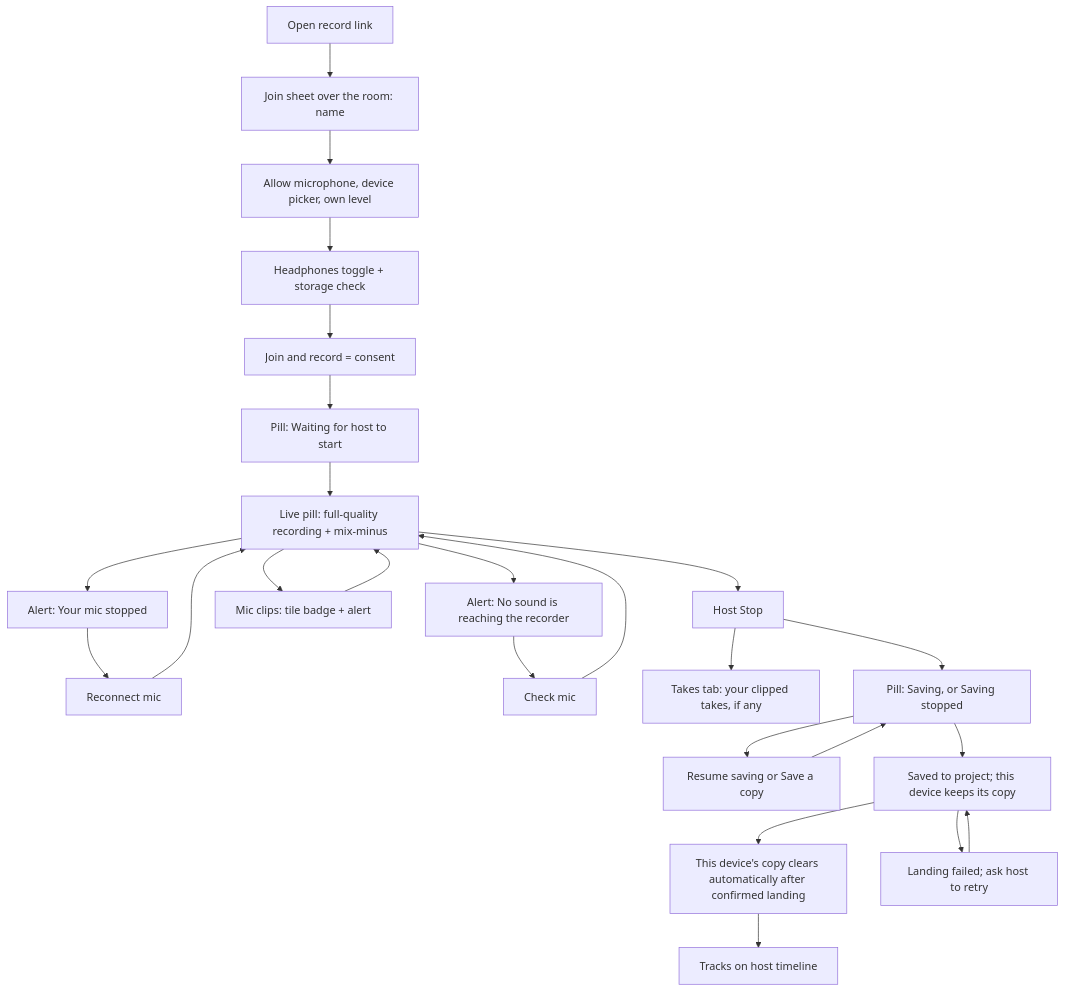
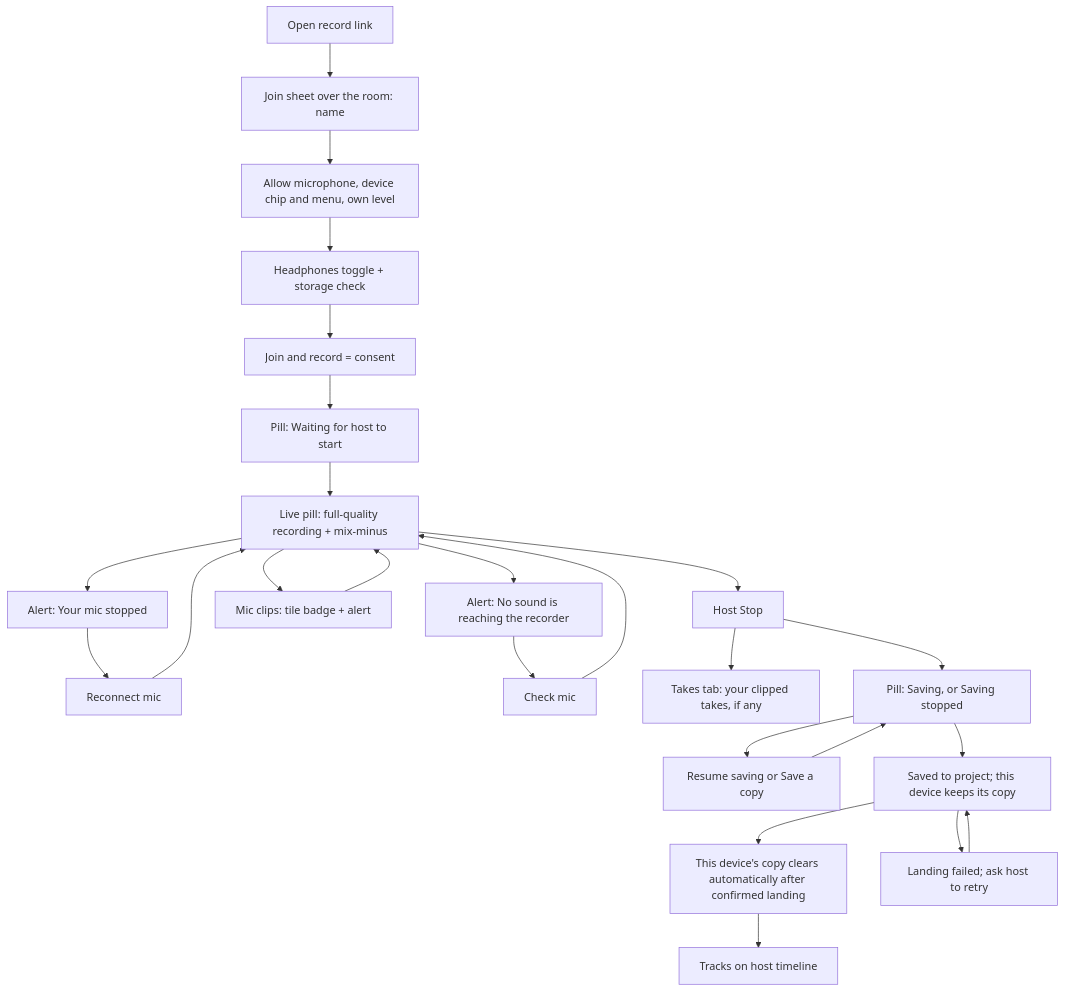
One commit to calebn/sharecut-studio changed the fifth of 6 diagrams in ux/pages/guest-journeys.md. Above: the diagram before and after it, drawn with Mermaid. The commit also changed other lines of this file and 6 other files, not shown here.

First line of the commit message:
fix(record): lock the open input menu, arrows open the chip, empty ids stay apart from Default

````diff
--- a/ux/pages/guest-journeys.md
+++ b/ux/pages/guest-journeys.md
@@ -204,27 +204,27 @@
 ```mermaid
 flowchart TD
   open[Open record link] --> sheet[Join sheet over the room: name]
-  sheet --> devices[Allow microphone, device picker, own level]
+  sheet --> devices[Allow microphone, device chip and menu, own level]
   devices --> phones[Headphones toggle + storage check]
   phones --> join[Join and record = consent]
   join --> wait[Pill: Waiting for host to start]
   wait --> rec[Live pill: full-quality recording + mix-minus]
   rec --> lost[Alert: Your mic stopped]
   lost --> reconnect[Reconnect mic]
   reconnect --> rec
   rec --> silent[Alert: No sound is reaching the recorder]
   silent --> check[Check mic]
   check --> rec
   rec --> clip[Mic clips: tile badge + alert]
   clip --> rec
   rec --> stop[Host Stop]
   stop --> clipped[Takes tab: your clipped takes, if any]
   stop --> saving[Pill: Saving, or Saving stopped]
   saving --> recovery[Resume saving or Save a copy]
   recovery --> saving
   saving --> staged[Saved to project; this device keeps its copy]
   staged --> opfs[This device's copy clears automatically after confirmed landing]
   staged --> failed[Landing failed; ask host to retry]
   failed --> staged
   opfs --> done[Tracks on host timeline]
 ```
````
